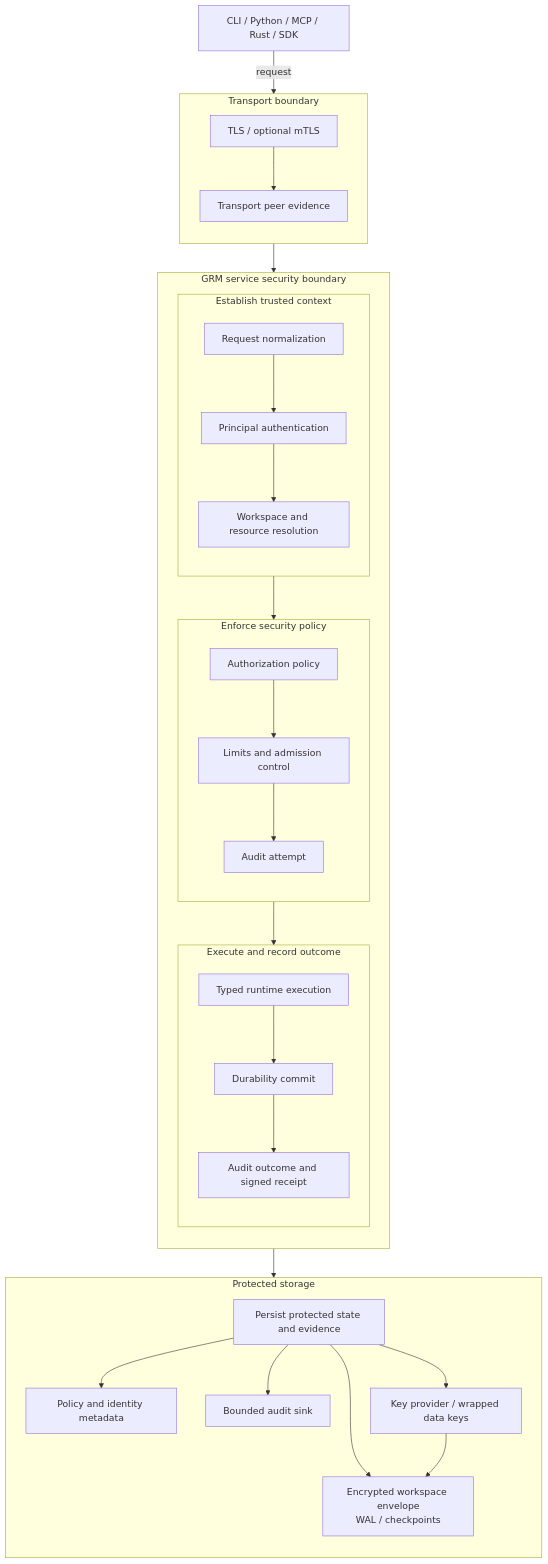
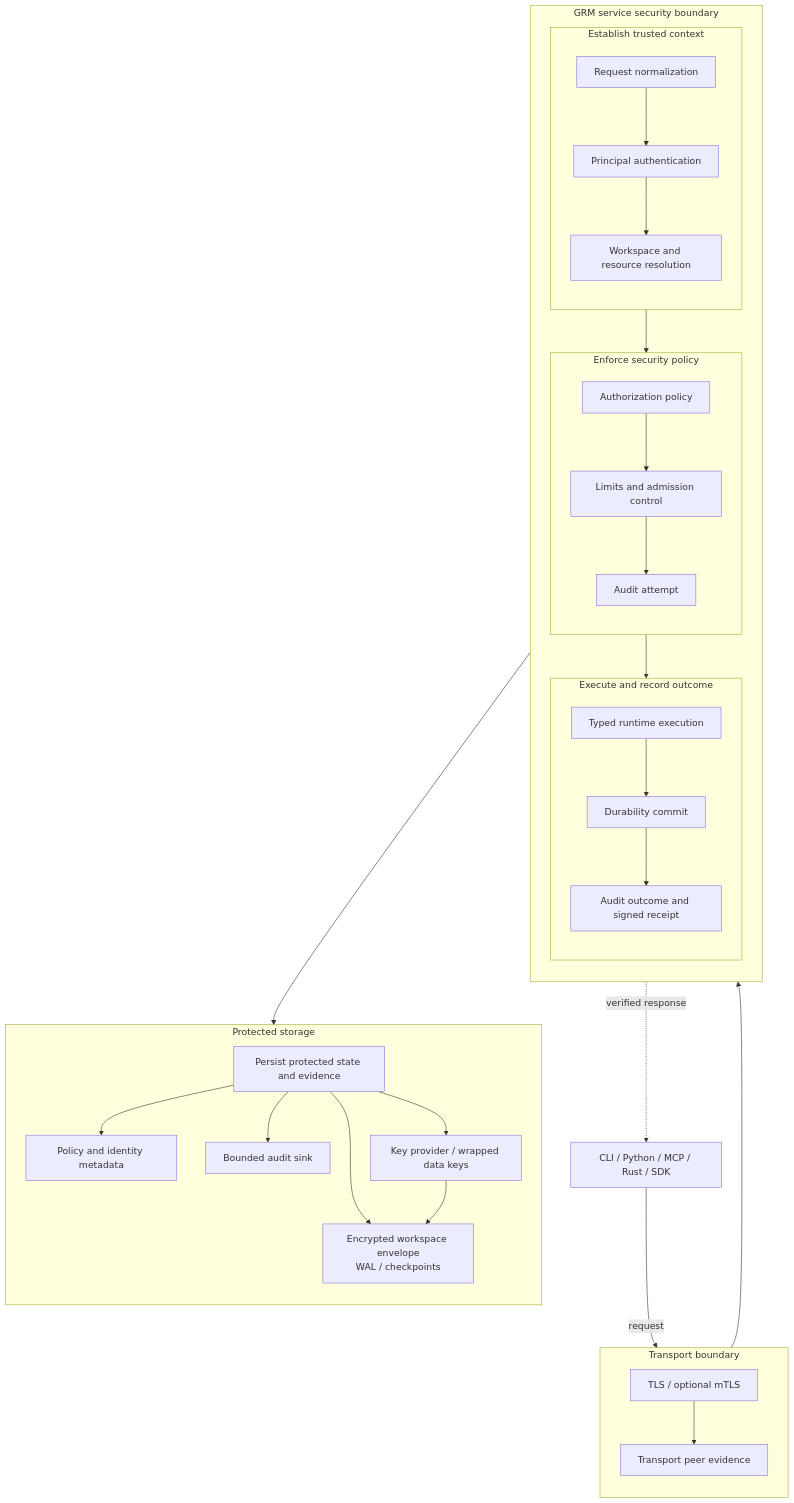
Before and after one commit to poppaLol/grm-rs: the diagram in docs/security/security-design.md, drawn with Mermaid. The commit also changed other lines of this file, not shown here.

Commit message:
docs(security): restore verified response flow

````diff
--- a/docs/security/security-design.md
+++ b/docs/security/security-design.md
@@ -52,61 +52,62 @@
 ```mermaid
 flowchart TB
     Client["CLI / Python / MCP / Rust / SDK"]
 
     subgraph Transport["Transport boundary"]
         direction TB
         TLS["TLS / optional mTLS"]
         Peer["Transport peer evidence"]
         TLS --> Peer
     end
 
     subgraph Service["GRM service security boundary"]
         direction TB
 
         subgraph Establish["Establish trusted context"]
             direction TB
             Normalize["Request normalization"]
             Authenticate["Principal authentication"]
             Resolve["Workspace and resource resolution"]
             Normalize --> Authenticate --> Resolve
         end
 
         subgraph Enforce["Enforce security policy"]
             direction TB
             Authorize["Authorization policy"]
             Limit["Limits and admission control"]
             AuditStart["Audit attempt"]
             Authorize --> Limit --> AuditStart
         end
 
         subgraph Execute["Execute and record outcome"]
             direction TB
             Runtime["Typed runtime execution"]
             Commit["Durability commit"]
             Evidence["Audit outcome and signed receipt"]
             Runtime --> Commit --> Evidence
         end
 
         Resolve --> Authorize
         AuditStart --> Runtime
     end
 
     subgraph Storage["Protected storage"]
         direction TB
         StorageEntry["Persist protected state and evidence"]
         PolicyStore["Policy and identity metadata"]
         DurableStore["Encrypted workspace envelope<br/>WAL / checkpoints"]
         AuditStore["Bounded audit sink"]
         KeyStore["Key provider / wrapped data keys"]
 
         StorageEntry --> PolicyStore
         StorageEntry --> DurableStore
         StorageEntry --> AuditStore
         StorageEntry --> KeyStore
         KeyStore --> DurableStore
     end
 
     Client -->|request| TLS
     Peer --> Normalize
     Evidence --> StorageEntry
+    Evidence -. verified response .-> Client
 ```
````
